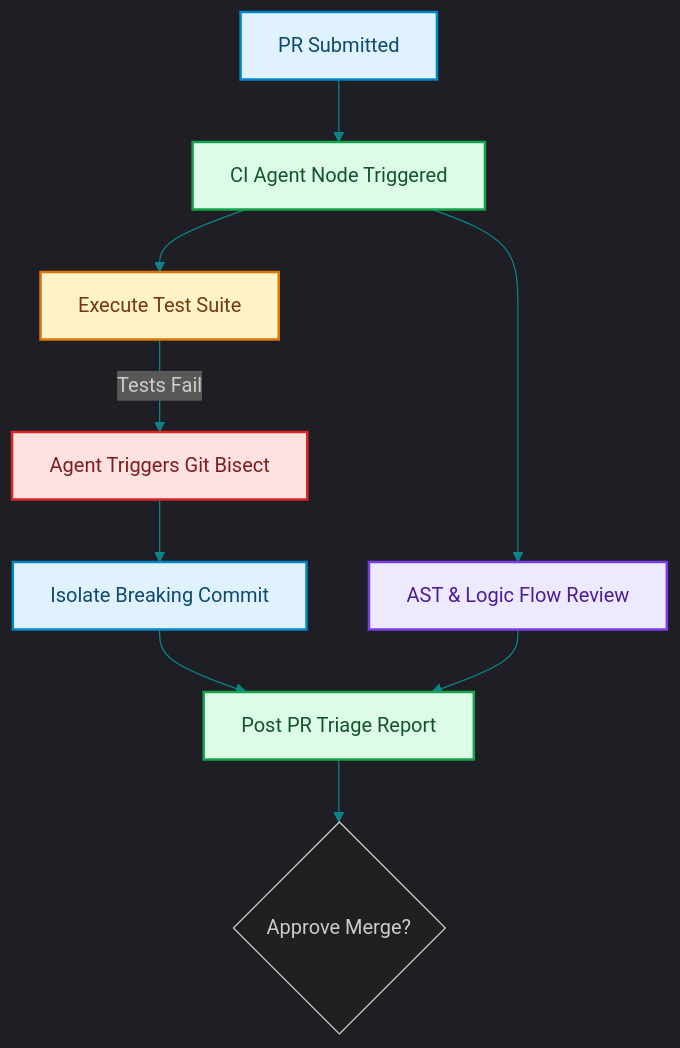
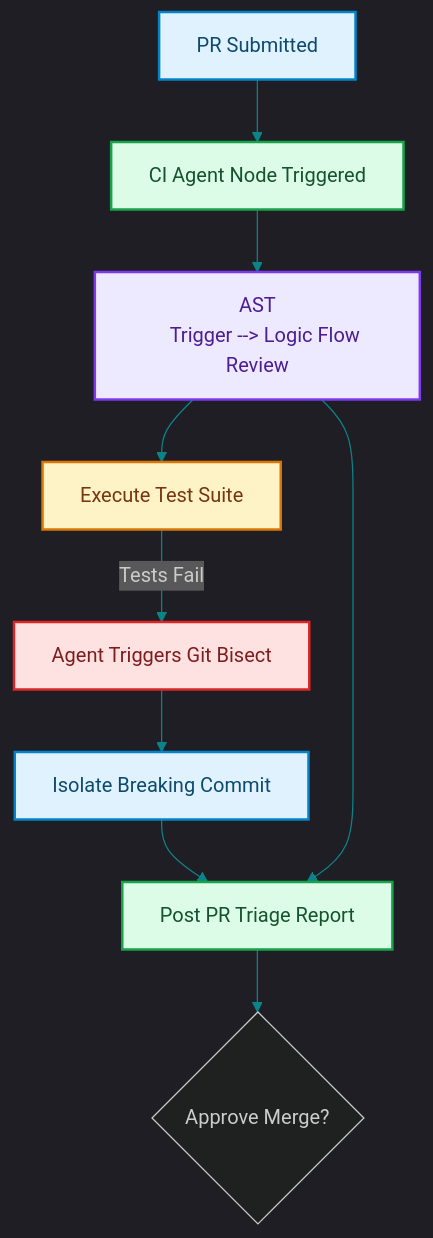
One commit to akmalkhaniub/akmalkhaniub.github.io changed the diagram in blog/posts/agentic-sdlc-outer-loop-ci-cd-regression-diagnosis.md. Above: the diagram before and after it, drawn with Mermaid. The commit also changed other lines of this file and 894 other files, not shown here.

Commit message:
feat(blog): upgrade all 444 posts with unique staggered dates, 2-col Mermaid spines, benchmark tables, code blocks, and trade-offs

````diff
--- a/blog/posts/agentic-sdlc-outer-loop-ci-cd-regression-diagnosis.md
+++ b/blog/posts/agentic-sdlc-outer-loop-ci-cd-regression-diagnosis.md
@@ -17,23 +17,24 @@
 ```mermaid
 %%{init: {'theme': 'dark', 'themeVariables': { 'primaryColor': '#0b8489', 'primaryTextColor': '#f3f4f6', 'primaryBorderColor': '#14b8a6', 'lineColor': '#0b8489', 'secondaryColor': '#111827', 'tertiaryColor': '#0b0f19'}}}%%
 flowchart TD
     PR["PR Submitted"] --> Trigger["CI Agent Node Triggered"]
-    Trigger --> Review["AST & Logic Flow Review"]
-    Trigger --> RunTests["Execute Test Suite"]
+    Trigger --> Review["AST
+    Trigger --> Logic Flow Review"]
+    Review --> RunTests["Execute Test Suite"]
     RunTests -->|Tests Fail| Bisect["Agent Triggers Git Bisect"]
     Bisect --> FindCommit["Isolate Breaking Commit"]
     FindCommit --> Comment["Post PR Triage Report"]
     Review --> Comment
     Comment --> Merge{Approve Merge?}
 
 classDef green fill:#dcfce7,stroke:#16a34a,stroke-width:2px,color:#14532d;
 classDef red fill:#fee2e2,stroke:#dc2626,stroke-width:2px,color:#7f1d1d;
 classDef blue fill:#e0f2fe,stroke:#0284c7,stroke-width:2px,color:#0c4a6e;
 classDef yellow fill:#fef3c7,stroke:#d97706,stroke-width:2px,color:#78350f;
 classDef purple fill:#ede9fe,stroke:#7c3aed,stroke-width:2px,color:#4c1d95;
 class PR,FindCommit blue
 class Trigger,Comment green
 class Review purple
 class RunTests yellow
 class Bisect red
 ```
````
